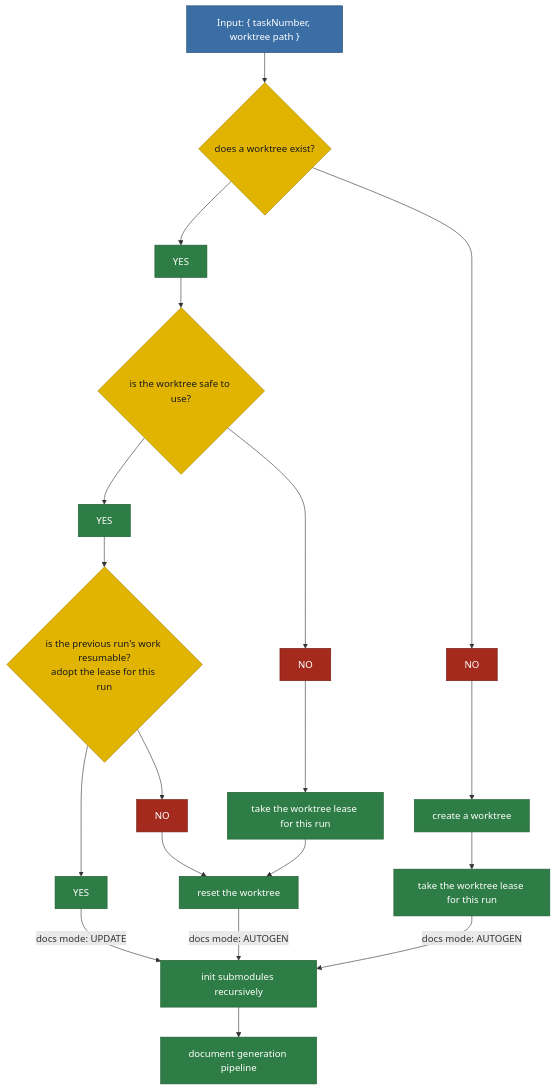
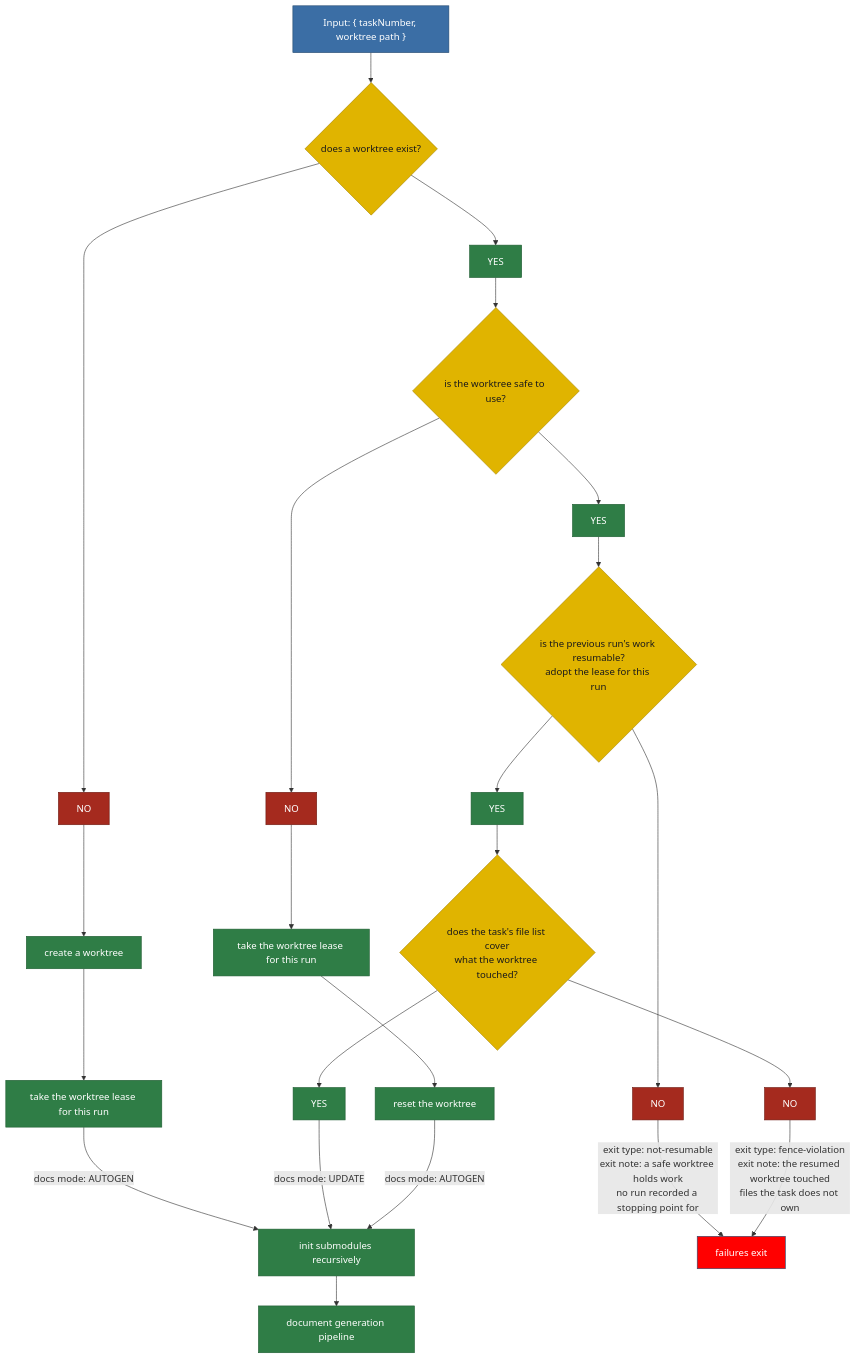
Before and after one commit to matkatmusic/taskTools: the diagram in plans/diagram/pipeline-worktreeCheck.mmd, drawn with Mermaid. The commit also changed 7 other files, not shown here.

```diff
--- a/plans/diagram/pipeline-worktreeCheck.mmd
+++ b/plans/diagram/pipeline-worktreeCheck.mmd
@@ -1,55 +1,78 @@
 flowchart TB
 %% WORKTREE CHECK. Input: an active task from the preamble pipeline.
 %% ---
 %% Every git interaction goes through a script, never prose.
 %% ---
 %% A lost mutation is reconciled by re-reading state, never retried blindly.
 %% ---
 %% "safe to use" is structural only; it says nothing about the work inside.
 %% ---
 %% "resumable" is semantic: did the previous run record where it stopped.
 %% ---
 %% RESUME IS WORKTREE-LEVEL: the workflow still restarts at document generation and planning.
 %% ---
 %% The lease is taken or adopted before any reset, per resetTaskWorktree.ts.
 %% ---
+%% A safe worktree is never reset, because its committed work is the user's to keep or discard.
+%% ---
+%% The fence question is asked only of a resumable worktree, and it is asked last.
+%% ---
+%% It covers committed work plus staged and unstaged edits, on every layer.
+%% ---
+%% Untracked files are excluded, because the generated docs are untracked by design.
+%% ---
+%% Every exit here takes the failures exit, because the task is already active.
+%% ---
 %% Exit types this pipeline can produce:
 %% ---
-%%   run-failed - a script failed operationally
+%%   not-resumable   - a safe worktree holds work no run recorded a stopping point for
+%% ---
+%%   fence-violation - the resumed worktree touched files the task does not own
+%% ---
+%%   run-failed      - a script failed operationally
 
   ACTIVE_TASK_INPUT["Input: { taskNumber, worktree path }"] --> DOES_WORKTREE_EXIST
   DOES_WORKTREE_EXIST{"does a worktree exist?"} --> DOES_WORKTREE_EXIST_YES["YES"]
   DOES_WORKTREE_EXIST --> DOES_WORKTREE_EXIST_NO["NO"]
   DOES_WORKTREE_EXIST_NO --> CREATE_WORKTREE["create a worktree"]
   CREATE_WORKTREE --> TAKE_WORKTREE_LEASE["take the worktree lease for this run"]
   TAKE_WORKTREE_LEASE -- "docs mode: AUTOGEN" --> INIT_SUBMODULES_RECURSIVELY
 
   DOES_WORKTREE_EXIST_YES --> IS_WORKTREE_SAFE_TO_USE{"is the worktree safe to use?"}
   IS_WORKTREE_SAFE_TO_USE --> IS_WORKTREE_SAFE_TO_USE_YES["YES"]
   IS_WORKTREE_SAFE_TO_USE --> IS_WORKTREE_SAFE_TO_USE_NO["NO"]
   IS_WORKTREE_SAFE_TO_USE_NO --> TAKE_WORKTREE_LEASE_BEFORE_RESET["take the worktree lease for this run"]
   TAKE_WORKTREE_LEASE_BEFORE_RESET --> RESET_WORKTREE
 
   IS_WORKTREE_SAFE_TO_USE_YES --> IS_PREVIOUS_RUN_RESUMABLE{"is the previous run's work resumable?<br/>adopt the lease for this run"}
   IS_PREVIOUS_RUN_RESUMABLE --> IS_PREVIOUS_RUN_RESUMABLE_YES["YES"]
   IS_PREVIOUS_RUN_RESUMABLE --> IS_PREVIOUS_RUN_RESUMABLE_NO["NO"]
-  IS_PREVIOUS_RUN_RESUMABLE_YES -- "docs mode: UPDATE" --> INIT_SUBMODULES_RECURSIVELY
-  IS_PREVIOUS_RUN_RESUMABLE_NO --> RESET_WORKTREE
+  IS_PREVIOUS_RUN_RESUMABLE_NO -- "exit type: not-resumable<br/>exit note: a safe worktree holds work<br/>no run recorded a stopping point for" --> FAILURES_EXIT
+
+  IS_PREVIOUS_RUN_RESUMABLE_YES --> DOES_FENCE_COVER_WORKTREE{"does the task's file list cover<br/>what the worktree touched?"}
+  DOES_FENCE_COVER_WORKTREE --> DOES_FENCE_COVER_WORKTREE_YES["YES"]
+  DOES_FENCE_COVER_WORKTREE --> DOES_FENCE_COVER_WORKTREE_NO["NO"]
+  DOES_FENCE_COVER_WORKTREE_YES -- "docs mode: UPDATE" --> INIT_SUBMODULES_RECURSIVELY
+  DOES_FENCE_COVER_WORKTREE_NO -- "exit type: fence-violation<br/>exit note: the resumed worktree touched<br/>files the task does not own" --> FAILURES_EXIT
 
   RESET_WORKTREE["reset the worktree"] -- "docs mode: AUTOGEN" --> INIT_SUBMODULES_RECURSIVELY
 
   INIT_SUBMODULES_RECURSIVELY["init submodules recursively"] --> DOCUMENT_GENERATION_PIPELINE["document generation pipeline"]
+
+  FAILURES_EXIT["failures exit"]
 
   %% pass/nopass: green reuses what is already there, red rebuilds it.
   classDef pipeline fill:#2f7d46,stroke:#1e5c31,color:#ffffff
   classDef script fill:#2f7d46,stroke:#1e5c31,color:#ffffff
   classDef decision fill:#e0b400,stroke:#a88600,color:#1a1a1a
   classDef output fill:#3b6ea5,stroke:#254a70,color:#ffffff
   classDef pass fill:#2f7d46,stroke:#1e5c31,color:#ffffff
   classDef nopass fill:#a52a1e,stroke:#6d1a12,color:#ffffff
-  class DOES_WORKTREE_EXIST,IS_WORKTREE_SAFE_TO_USE,IS_PREVIOUS_RUN_RESUMABLE decision
+  classDef fail fill:red,stroke:#254a70,color:#ffffff
+  class DOES_WORKTREE_EXIST,IS_WORKTREE_SAFE_TO_USE,IS_PREVIOUS_RUN_RESUMABLE,DOES_FENCE_COVER_WORKTREE decision
   class CREATE_WORKTREE,RESET_WORKTREE,INIT_SUBMODULES_RECURSIVELY,TAKE_WORKTREE_LEASE,TAKE_WORKTREE_LEASE_BEFORE_RESET script
   class DOCUMENT_GENERATION_PIPELINE pipeline
-  class DOES_WORKTREE_EXIST_YES,IS_WORKTREE_SAFE_TO_USE_YES,IS_PREVIOUS_RUN_RESUMABLE_YES pass
-  class DOES_WORKTREE_EXIST_NO,IS_WORKTREE_SAFE_TO_USE_NO,IS_PREVIOUS_RUN_RESUMABLE_NO nopass
+  class DOES_WORKTREE_EXIST_YES,IS_WORKTREE_SAFE_TO_USE_YES,IS_PREVIOUS_RUN_RESUMABLE_YES,DOES_FENCE_COVER_WORKTREE_YES pass
+  class DOES_WORKTREE_EXIST_NO,IS_WORKTREE_SAFE_TO_USE_NO,IS_PREVIOUS_RUN_RESUMABLE_NO,DOES_FENCE_COVER_WORKTREE_NO nopass
+  class FAILURES_EXIT fail
   class ACTIVE_TASK_INPUT output
```
